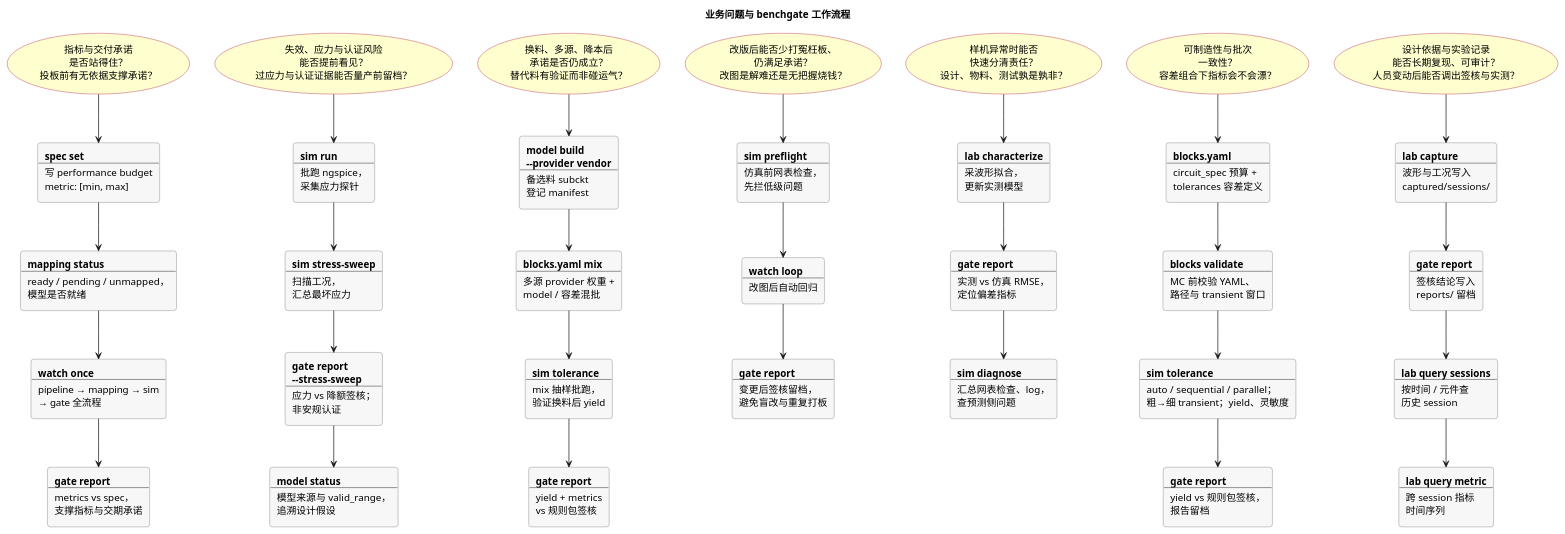
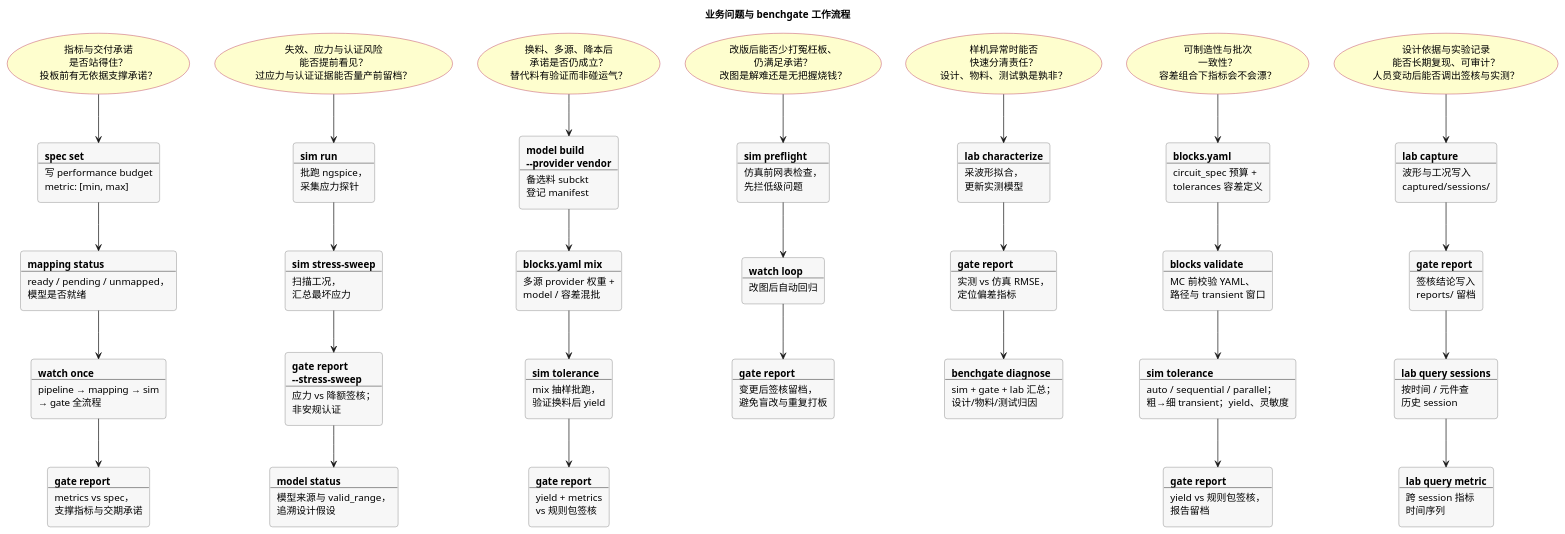
The diagram in docs/diagrams/cli-usecase.puml (zhang1career/benchgate), drawn with PlantUML before and after one commit. The commit also changed 28 other files, not shown here.

```diff
--- a/docs/diagrams/cli-usecase.puml
+++ b/docs/diagrams/cli-usecase.puml
@@ -162,10 +162,10 @@
     定位偏差指标
   ]
   rectangle diag #F7F7F7;line:666666 [
-    **sim diagnose**
+    **benchgate diagnose**
     ----
-    汇总网表检查、log，
-    查预测侧问题
+    sim + gate + lab 汇总；
+    设计/物料/测试归因
   ]
   P5 -down-> lc
   lc -down-> g5
```
